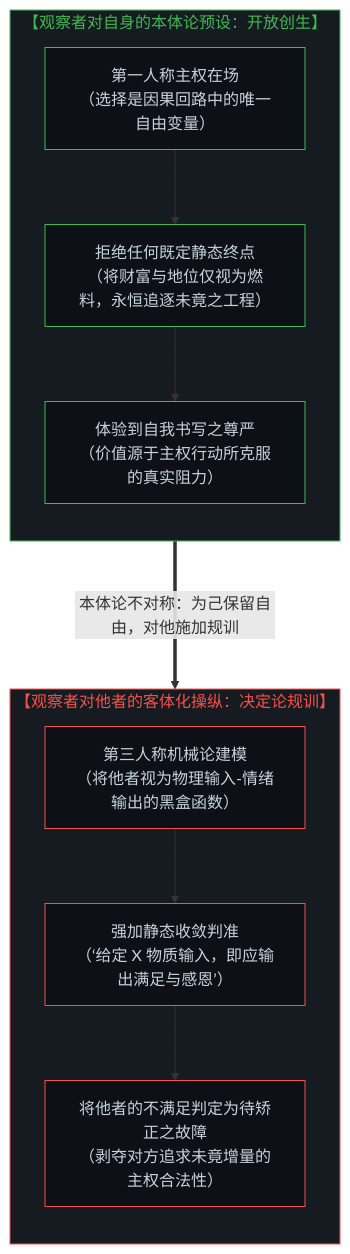
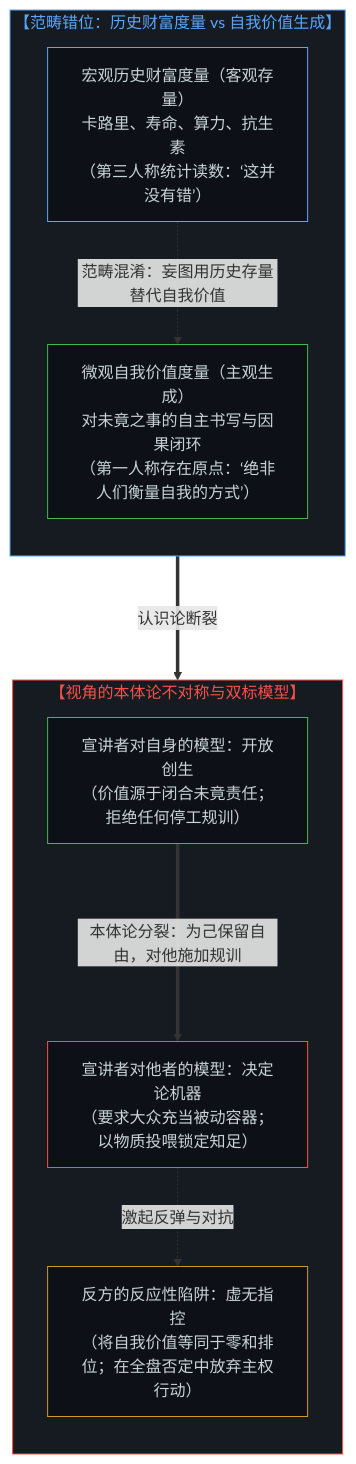
One commit to powerpig99/not-a-toe changed the third of 8 diagrams in content/posts/the-balcony-disciplinary-overstep-and-the-unproxyable-act.md. Above: the diagram before and after it, drawn with Mermaid. The commit also changed other lines of this file and 3 other files, not shown here.

````diff
--- a/content/posts/the-balcony-disciplinary-overstep-and-the-unproxyable-act.md
+++ b/content/posts/the-balcony-disciplinary-overstep-and-the-unproxyable-act.md
@@ -105,29 +105,28 @@
 ```mermaid
 graph TD
-    subgraph Self_Model["【观察者对自身的本体论预设：开放创生】"]
+    subgraph Category_Split["【范畴错位：历史财富度量 vs 自我价值生成】"]
         direction TB
-        S1["第一人称主权在场<br/>（选择是因果回路中的唯一自由变量）"]
-        S2["拒绝任何既定静态终点<br/>（将财富与地位仅视为燃料，永恒追逐未竟之工程）"]
-        S3["体验到自我书写之尊严<br/>（价值源于主权行动所克服的真实阻力）"]
-        S1 --> S2 --> S3
+        C1["宏观历史财富度量（客观存量）<br/>卡路里、寿命、算力、抗生素<br/>（第三人称统计读数：‘这并没有错’）"]
+        C2["微观自我价值度量（主观生成）<br/>对未竟之事的自主书写与因果闭环<br/>（第一人称存在原点：‘绝非人们衡量自我的方式’）"]
+        C1 -.->|"范畴混淆：妄图用历史存量替代自我价值"| C2
     end
 
-    subgraph Other_Model["【观察者对他者的客体化操纵：决定论规训】"]
+    subgraph Asymmetry["【视角的本体论不对称与双标模型】"]
         direction TB
-        O1["第三人称机械论建模<br/>（将他者视为物理输入-情绪输出的黑盒函数）"]
-        O2["强加静态收敛判准<br/>（‘给定 X 物质输入，即应输出满足与感恩’）"]
-        O3["将他者的不满足判定为待矫正之故障<br/>（剥夺对方追求未竟增量的主权合法性）"]
-        O1 --> O2 --> O3
+        Self_Model["宣讲者对自身的模型：开放创生<br/>（价值源于闭合未竟责任；拒绝任何停工规训）"]
+        Other_Model["宣讲者对他者的模型：决定论机器<br/>（要求大众充当被动容器；以物质投喂锁定知足）"]
+        Opponent_Trap["反方的反应性陷阱：虚无指控<br/>（将自我价值等同于零和排位；在全盘否定中放弃主权行动）"]
+        Self_Model ===>|"本体论分裂：为己保留自由，对他施加规训"| Other_Model
+        Other_Model -.->|"激起反弹与对抗"| Opponent_Trap
     end
 
-    Self_Model ===>|"本体论不对称：为己保留自由，对他施加规训"| Other_Model
+    Category_Split ===>|"认识论断裂"| Asymmetry
 
-    style Self_Model fill:#161b22,stroke:#3fb950,stroke-width:1px,color:#3fb950
-    style Other_Model fill:#161b22,stroke:#f85149,stroke-width:1px,color:#f85149
-    style S1 fill:#0d1117,stroke:#3fb950,stroke-width:1px,color:#c9d1d9
-    style S2 fill:#0d1117,stroke:#3fb950,stroke-width:1px,color:#c9d1d9
-    style S3 fill:#0d1117,stroke:#3fb950,stroke-width:1px,color:#c9d1d9
-    style O1 fill:#0d1117,stroke:#f85149,stroke-width:1px,color:#c9d1d9
-    style O2 fill:#0d1117,stroke:#f85149,stroke-width:1px,color:#c9d1d9
-    style O3 fill:#0d1117,stroke:#f85149,stroke-width:1px,color:#c9d1d9
+    style Category_Split fill:#161b22,stroke:#58a6ff,stroke-width:1px,color:#58a6ff
+    style Asymmetry fill:#161b22,stroke:#f85149,stroke-width:1px,color:#f85149
+    style C1 fill:#0d1117,stroke:#58a6ff,stroke-width:1px,color:#c9d1d9
+    style C2 fill:#0d1117,stroke:#3fb950,stroke-width:1px,color:#c9d1d9
+    style Self_Model fill:#0d1117,stroke:#3fb950,stroke-width:1px,color:#c9d1d9
+    style Other_Model fill:#0d1117,stroke:#f85149,stroke-width:1px,color:#c9d1d9
+    style Opponent_Trap fill:#0d1117,stroke:#d29922,stroke-width:1px,color:#c9d1d9
 ```
````
